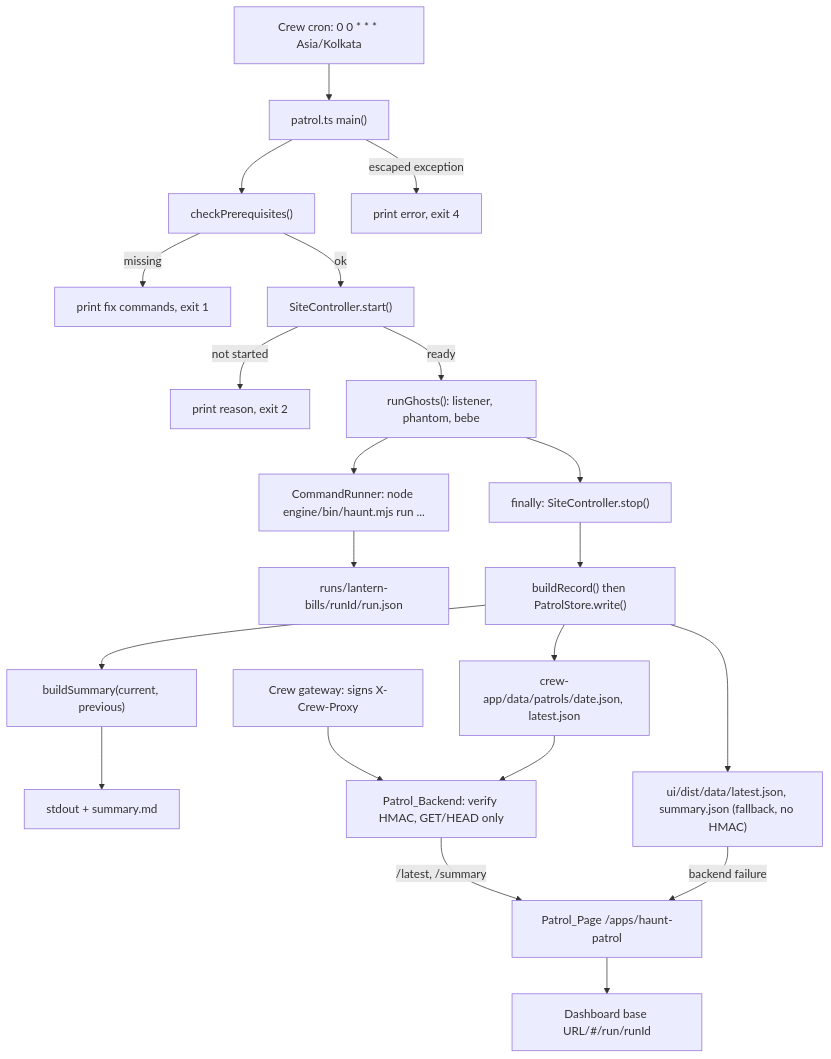
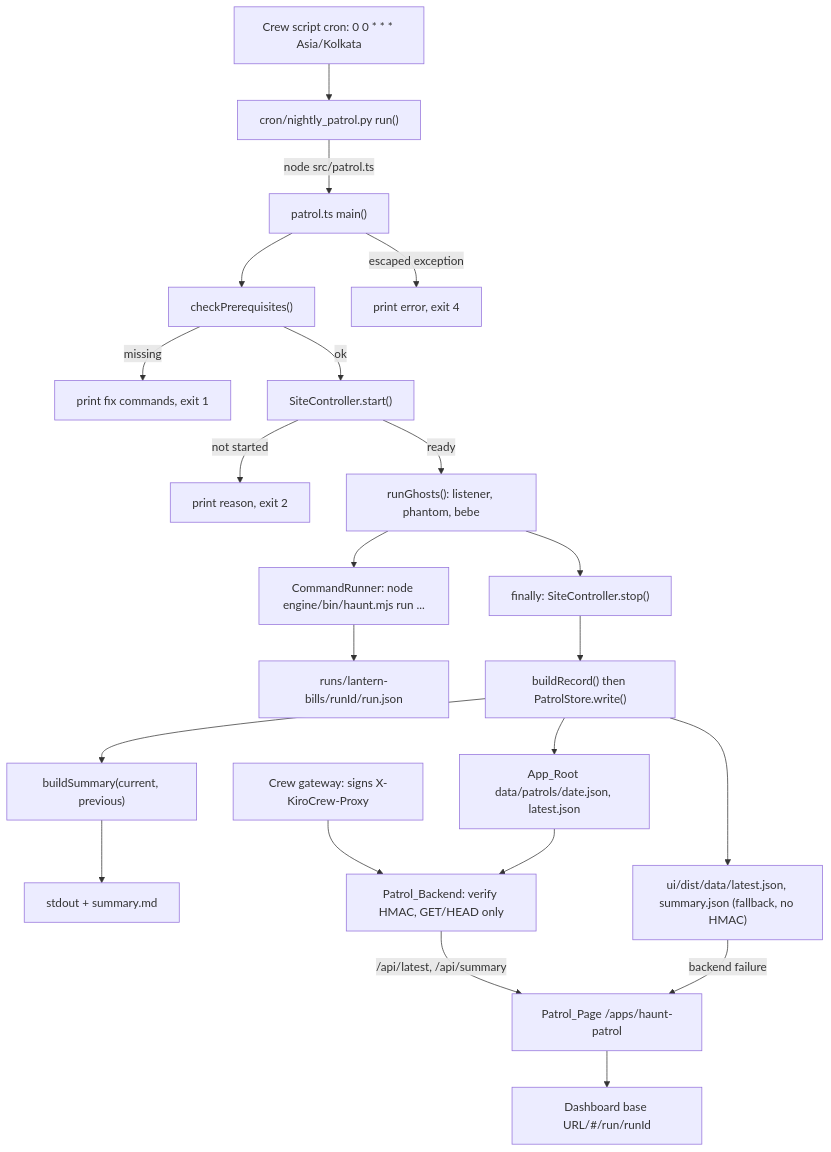
The diagram in .kiro/specs/haunt-patrol/design.md (xan-antx/haunt), drawn with Mermaid before and after one commit. The commit also changed other lines of this file and 27 other files, not shown here.

Commit message:
Haunt Patrol: match the real Crew docs; Windows script cron; install guide

````diff
--- a/.kiro/specs/haunt-patrol/design.md
+++ b/.kiro/specs/haunt-patrol/design.md
@@ -60,23 +80,24 @@
 ```mermaid
 flowchart TD
-    Cron["Crew cron: 0 0 * * * Asia/Kolkata"] --> Main["patrol.ts main()"]
+    Cron["Crew script cron: 0 0 * * * Asia/Kolkata"] --> Shim["cron/nightly_patrol.py run()"]
+    Shim -->|"node src/patrol.ts"| Main["patrol.ts main()"]
     Main --> Pre["checkPrerequisites()"]
     Main -->|escaped exception| Fail4["print error, exit 4"]
     Pre -->|missing| Fail1["print fix commands, exit 1"]
     Pre -->|ok| Site["SiteController.start()"]
     Site -->|not started| Fail2["print reason, exit 2"]
     Site -->|ready| Ghosts["runGhosts(): listener, phantom, bebe"]
     Ghosts --> Cmd["CommandRunner: node engine/bin/haunt.mjs run ..."]
     Cmd --> Runs["runs/lantern-bills/runId/run.json"]
     Ghosts --> Stop["finally: SiteController.stop()"]
     Stop --> Rec["buildRecord() then PatrolStore.write()"]
-    Rec --> Data["crew-app/data/patrols/date.json, latest.json"]
+    Rec --> Data["App_Root data/patrols/date.json, latest.json"]
     Rec --> Sum["buildSummary(current, previous)"]
     Sum --> Out["stdout + summary.md"]
     Rec --> Static["ui/dist/data/latest.json, summary.json (fallback, no HMAC)"]
-    Gateway["Crew gateway: signs X-Crew-Proxy"] --> Backend["Patrol_Backend: verify HMAC, GET/HEAD only"]
+    Gateway["Crew gateway: signs X-KiroCrew-Proxy"] --> Backend["Patrol_Backend: verify HMAC, GET/HEAD only"]
     Data --> Backend
-    Backend -->|"/latest, /summary"| Page["Patrol_Page /apps/haunt-patrol"]
+    Backend -->|"/api/latest, /api/summary"| Page["Patrol_Page /apps/haunt-patrol"]
     Static -->|"backend failure"| Page
     Page --> Dash["Dashboard base URL/#/run/runId"]
 ```
````
